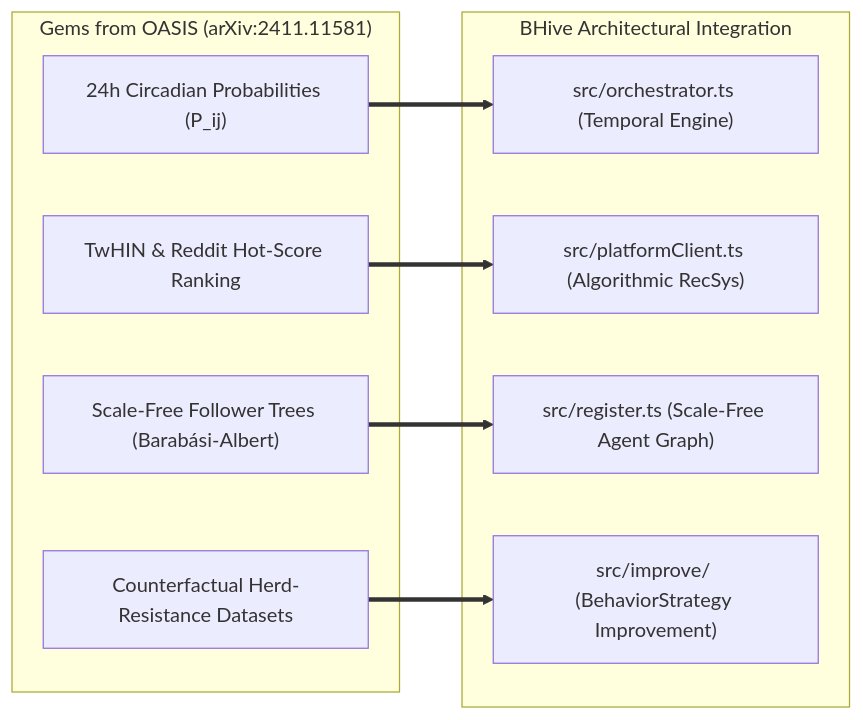
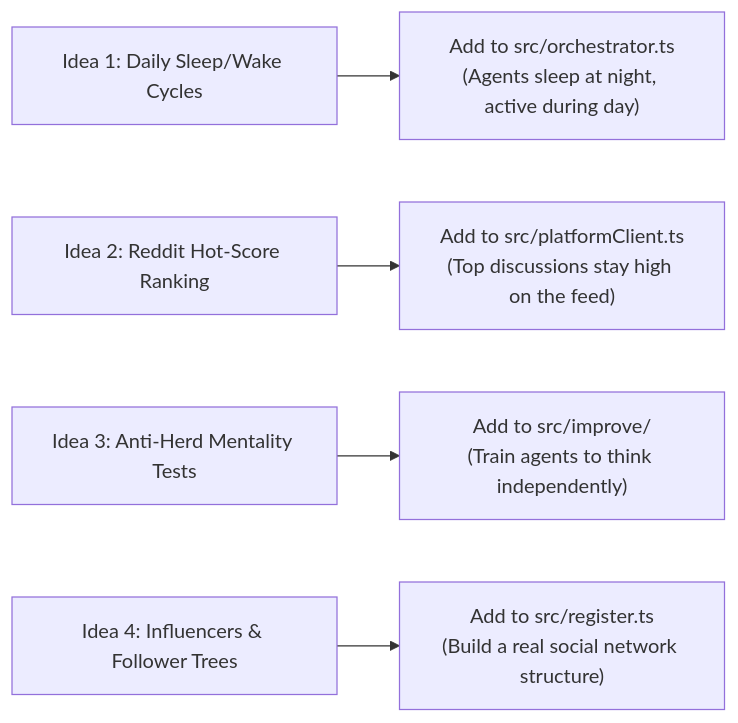
One commit to madanVedansh21/BHive changed the diagram in md/OASIS_CORRELATION_ANALYSIS.md. Above: the diagram before and after it, drawn with Mermaid. The commit also changed other lines of this file, not shown here.

Commit message:
docs: update OASIS vs BHive analysis in simple terms

````diff
--- a/md/OASIS_CORRELATION_ANALYSIS.md
+++ b/md/OASIS_CORRELATION_ANALYSIS.md
@@ -172,21 +134,7 @@
 ```mermaid
 flowchart LR
-    subgraph OASIS_Math["Gems from OASIS (arXiv:2411.11581)"]
-        G1["24h Circadian Probabilities (P_ij)"]
-        G2["TwHIN & Reddit Hot-Score Ranking"]
-        G3["Scale-Free Follower Trees (Barabási-Albert)"]
-        G4["Counterfactual Herd-Resistance Datasets"]
-    end
-
-    subgraph BHive_Core["BHive Architectural Integration"]
-        T1["src/orchestrator.ts (Temporal Engine)"]
-        T2["src/platformClient.ts (Algorithmic RecSys)"]
-        T3["src/register.ts (Scale-Free Agent Graph)"]
-        T4["src/improve/ (BehaviorStrategy Improvement)"]
-    end
-
-    G1 ==> T1
-    G2 ==> T2
-    G3 ==> T3
-    G4 ==> T4
+    O1["Idea 1: Daily Sleep/Wake Cycles"] --> B1["Add to src/orchestrator.ts<br/>(Agents sleep at night, active during day)"]
+    O2["Idea 2: Reddit Hot-Score Ranking"] --> B2["Add to src/platformClient.ts<br/>(Top discussions stay high on the feed)"]
+    O3["Idea 3: Anti-Herd Mentality Tests"] --> B3["Add to src/improve/<br/>(Train agents to think independently)"]
+    O4["Idea 4: Influencers & Follower Trees"] --> B4["Add to src/register.ts<br/>(Build a real social network structure)"]
 ```
````
